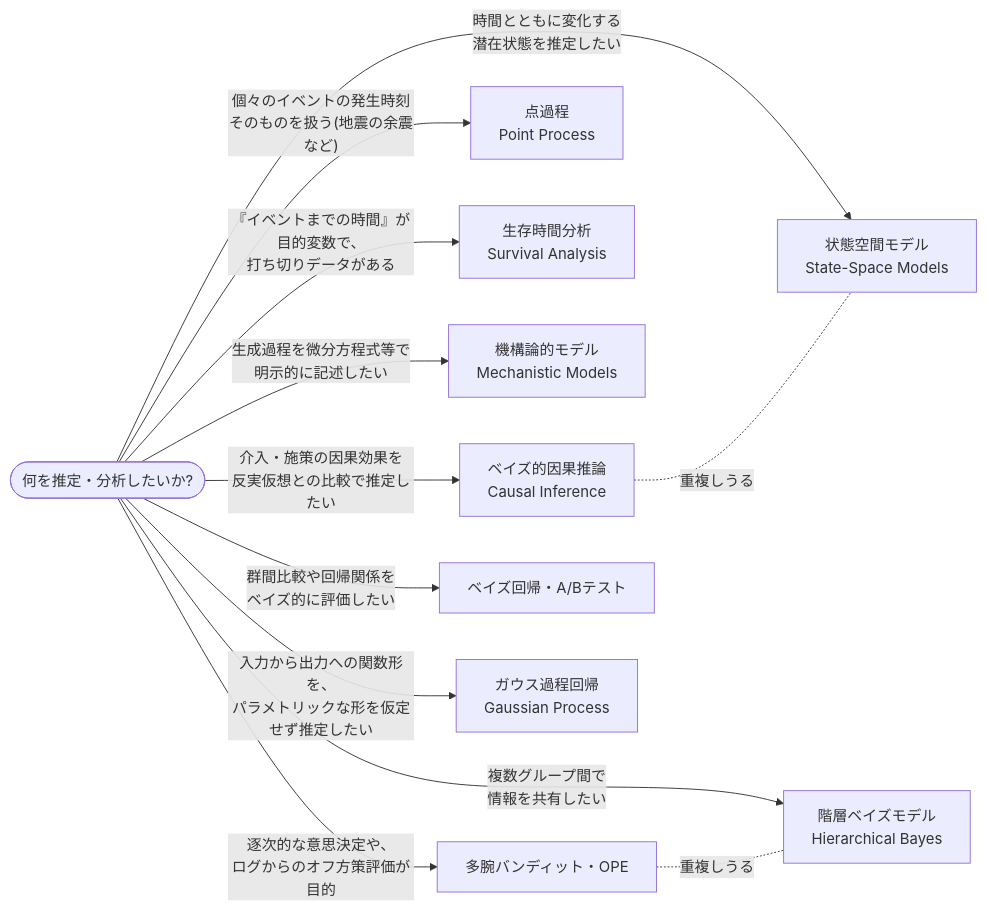
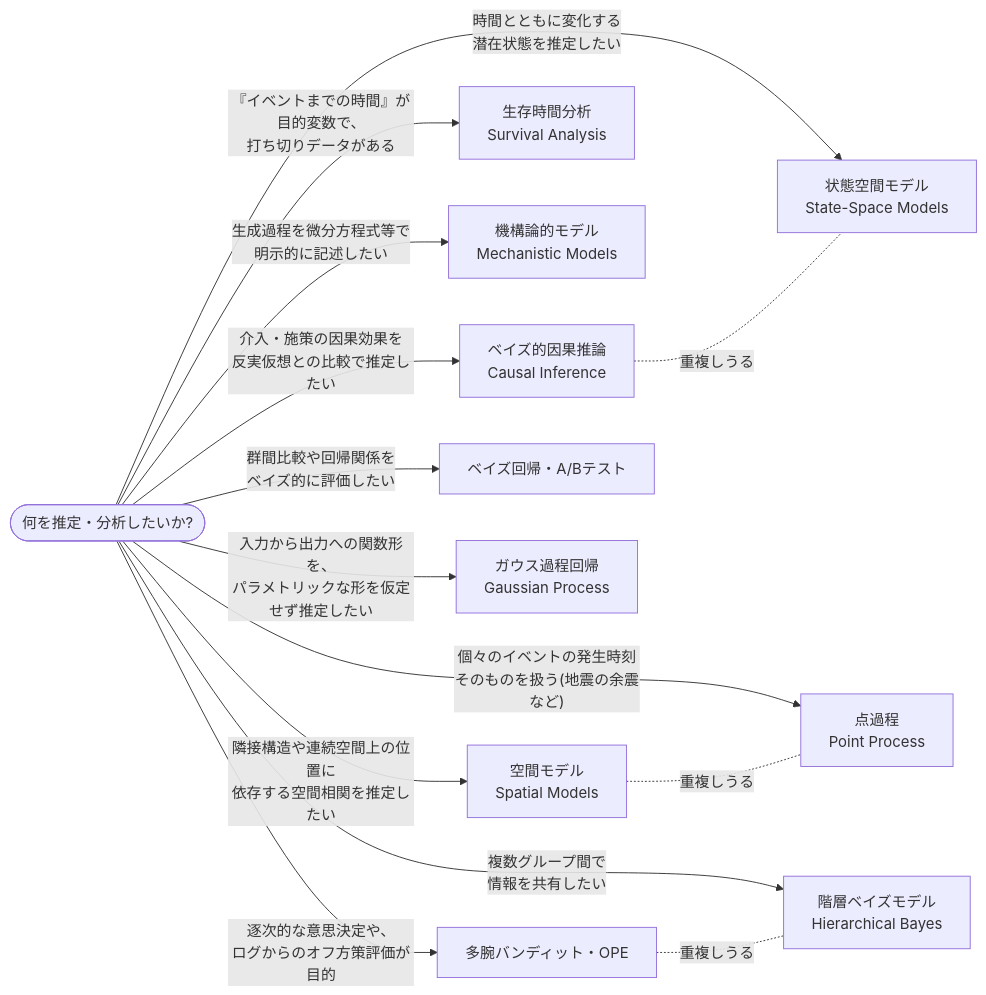
The diagram in analysis-types.md (karahashimanato/bayesian-analysis-index), drawn with Mermaid before and after one commit. The commit also changed other lines of this file and 12 other files, not shown here.

First line of the commit message:
Add bayesian-spatial-models project across index (spatial models category)

````diff
--- a/analysis-types.md
+++ b/analysis-types.md
@@ -9,17 +9,19 @@
 ```mermaid
 flowchart LR
     Start(["何を推定・分析したいか?"])
 
     Start -->|"介入・施策の因果効果を<br/>反実仮想との比較で推定したい"| CI["ベイズ的因果推論<br/>Causal Inference"]
     Start -->|"個々のイベントの発生時刻<br/>そのものを扱う(地震の余震など)"| PP["点過程<br/>Point Process"]
     Start -->|"『イベントまでの時間』が目的変数で、<br/>打ち切りデータがある"| SA["生存時間分析<br/>Survival Analysis"]
     Start -->|"生成過程を微分方程式等で<br/>明示的に記述したい"| MM["機構論的モデル<br/>Mechanistic Models"]
     Start -->|"時間とともに変化する<br/>潜在状態を推定したい"| SSM["状態空間モデル<br/>State-Space Models"]
     Start -->|"逐次的な意思決定や、<br/>ログからのオフ方策評価が目的"| MAB["多腕バンディット・OPE"]
     Start -->|"複数グループ間で<br/>情報を共有したい"| HB["階層ベイズモデル<br/>Hierarchical Bayes"]
     Start -->|"群間比較や回帰関係を<br/>ベイズ的に評価したい"| RB["ベイズ回帰・A/Bテスト"]
     Start -->|"入力から出力への関数形を、<br/>パラメトリックな形を仮定せず推定したい"| GP["ガウス過程回帰<br/>Gaussian Process"]
+    Start -->|"隣接構造や連続空間上の位置に<br/>依存する空間相関を推定したい"| SP["空間モデル<br/>Spatial Models"]
 
     CI -.重複しうる.- SSM
     MAB -.重複しうる.- HB
+    SP -.重複しうる.- PP
 ```
````
